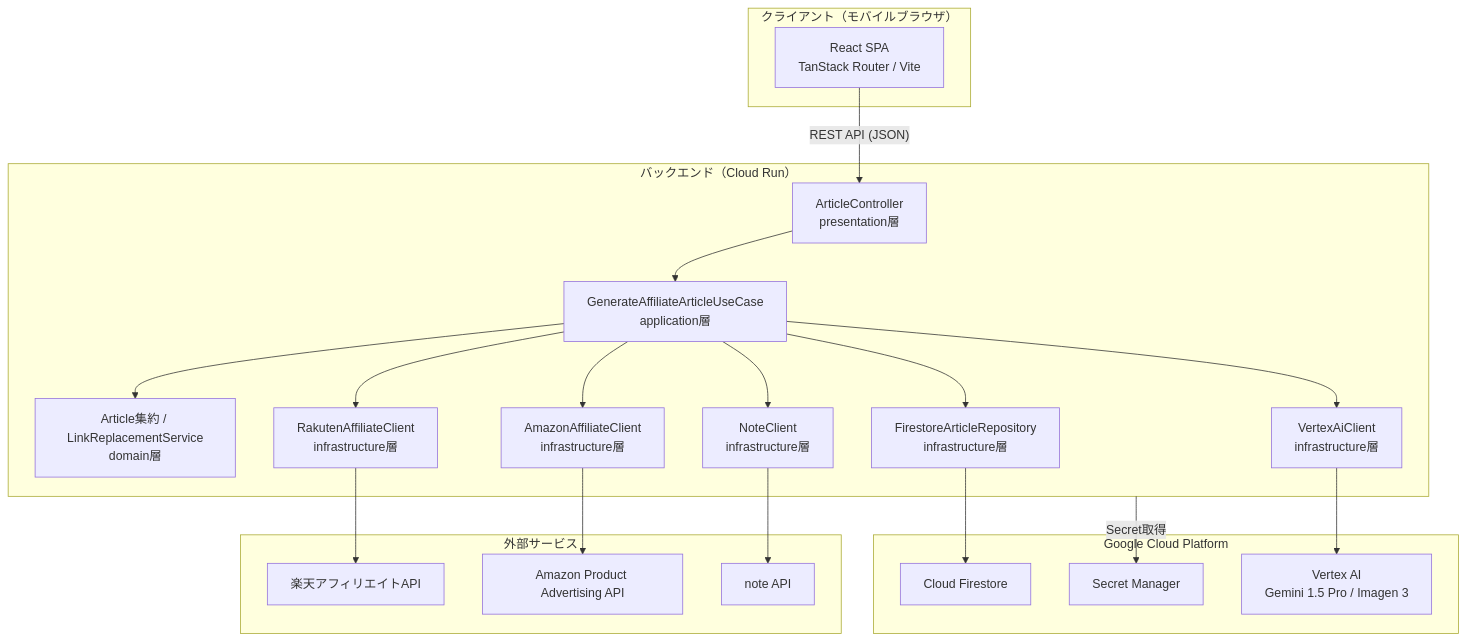
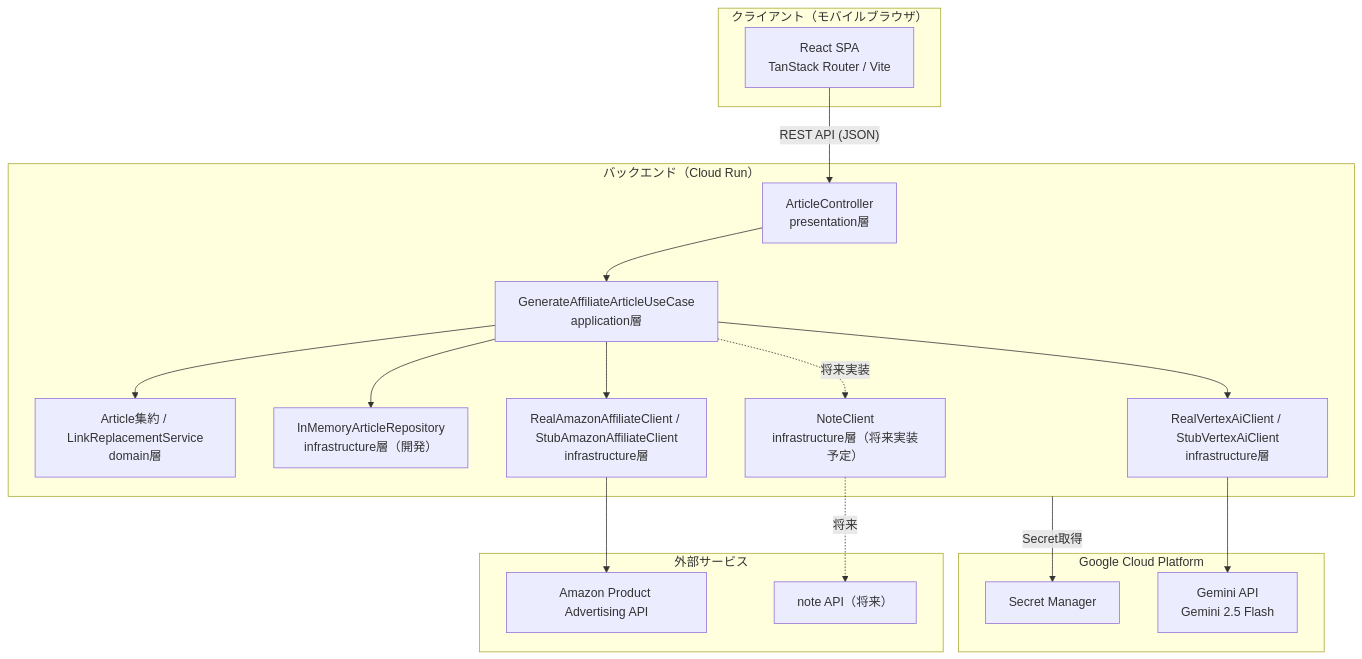
Before and after one commit to kounosukeshibata/note-auto-create-articles: the first of 4 diagrams in docs/design.md, drawn with Mermaid. The commit also changed other lines of this file and 9 other files, not shown here.

````diff
--- a/docs/design.md
+++ b/docs/design.md
@@ -42,45 +42,39 @@
 ```mermaid
 graph TB
     subgraph Client["クライアント（モバイルブラウザ）"]
         FE["React SPA<br/>TanStack Router / Vite"]
     end
 
     subgraph Backend["バックエンド（Cloud Run）"]
         CTRL["ArticleController<br/>presentation層"]
         UC["GenerateAffiliateArticleUseCase<br/>application層"]
         DOM["Article集約 / LinkReplacementService<br/>domain層"]
-        REPO["FirestoreArticleRepository<br/>infrastructure層"]
-        VAI["VertexAiClient<br/>infrastructure層"]
-        RAF["RakutenAffiliateClient<br/>infrastructure層"]
-        AAF["AmazonAffiliateClient<br/>infrastructure層"]
-        NOTE["NoteClient<br/>infrastructure層"]
+        REPO["InMemoryArticleRepository<br/>infrastructure層（開発）"]
+        VAI["RealVertexAiClient / StubVertexAiClient<br/>infrastructure層"]
+        AAF["RealAmazonAffiliateClient / StubAmazonAffiliateClient<br/>infrastructure層"]
+        NOTE["NoteClient<br/>infrastructure層（将来実装予定）"]
     end
 
     subgraph GCP["Google Cloud Platform"]
-        FS["Cloud Firestore"]
         SM["Secret Manager"]
-        VA["Vertex AI<br/>Gemini 1.5 Pro / Imagen 3"]
+        GA["Gemini API<br/>Gemini 2.5 Flash"]
     end
 
     subgraph External["外部サービス"]
-        RAK["楽天アフィリエイトAPI"]
         AMZ["Amazon Product Advertising API"]
-        NOTEP["note API"]
+        NOTEP["note API（将来）"]
     end
 
     FE -- "REST API (JSON)" --> CTRL
     CTRL --> UC
     UC --> DOM
     UC --> REPO
     UC --> VAI
-    UC --> RAF
     UC --> AAF
-    UC --> NOTE
+    UC -.->|将来実装| NOTE
 
-    REPO --> FS
-    VAI --> VA
-    RAF --> RAK
+    VAI --> GA
     AAF --> AMZ
-    NOTE --> NOTEP
+    NOTE -.->|将来| NOTEP
     Backend -- "Secret取得" --> SM
 ```
````
